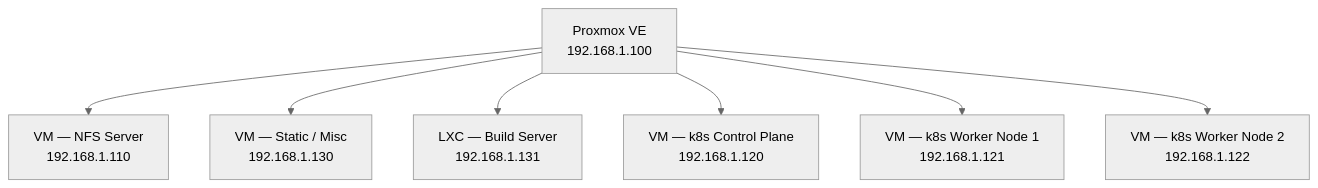
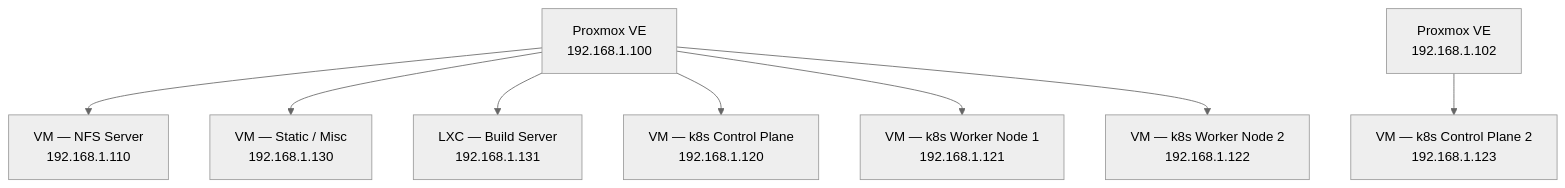
The diagram in servers.md (Ramphy0x90/r16a-infra), drawn with Mermaid (neutral theme) before and after one commit. The commit also changed other lines of this file and 2 other files, not shown here.

Commit message:
update: new physical server UP and additional control plane for k8s cluster

````diff
--- a/servers.md
+++ b/servers.md
@@ -31,11 +32,13 @@
 ```mermaid
 graph TD
     PVE[Proxmox VE<br>192.168.1.100]
+    PVE2[Proxmox VE<br>192.168.1.102]
 
     PVE --> NFS[VM — NFS Server<br>192.168.1.110]
     PVE --> Static[VM — Static / Misc<br>192.168.1.130]
     PVE --> Build[LXC — Build Server<br>192.168.1.131]
     PVE --> CP[VM — k8s Control Plane<br>192.168.1.120]
     PVE --> W1[VM — k8s Worker Node 1<br>192.168.1.121]
     PVE --> W2[VM — k8s Worker Node 2<br>192.168.1.122]
+    PVE2 --> CP2[VM — k8s Control Plane 2<br>192.168.1.123]
 ```
````
